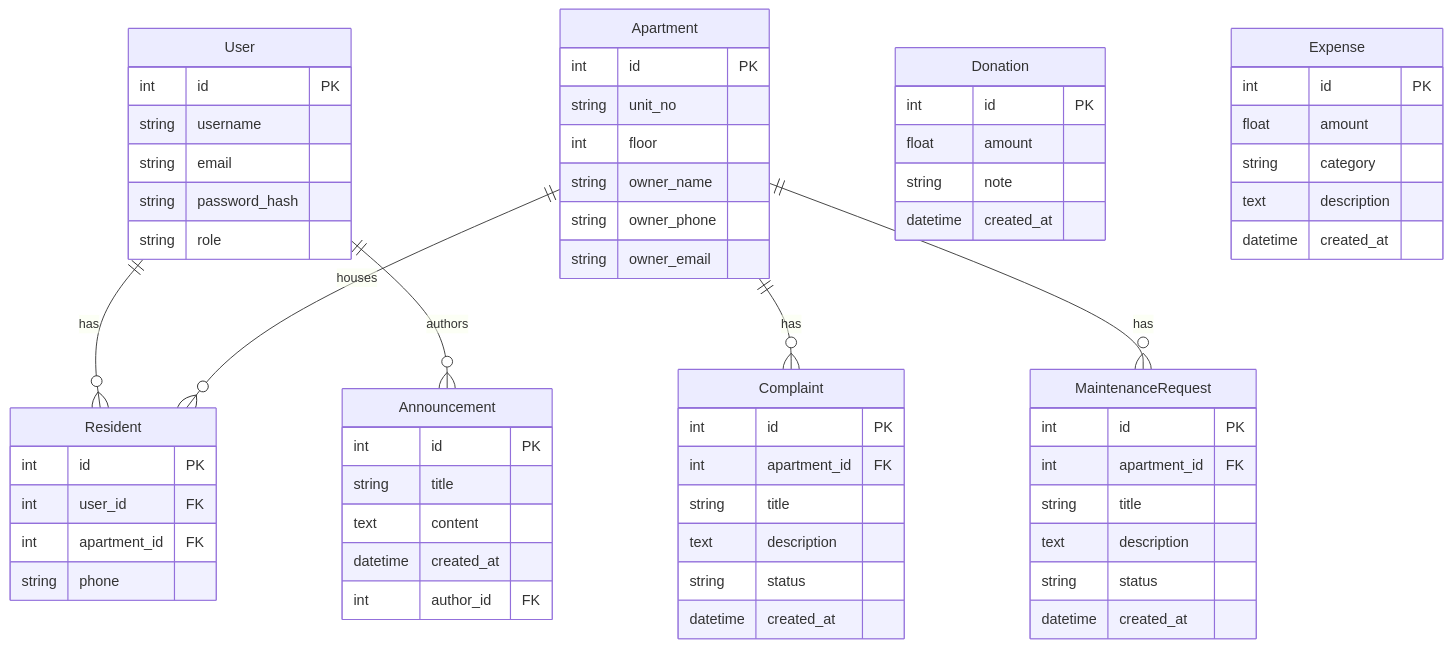
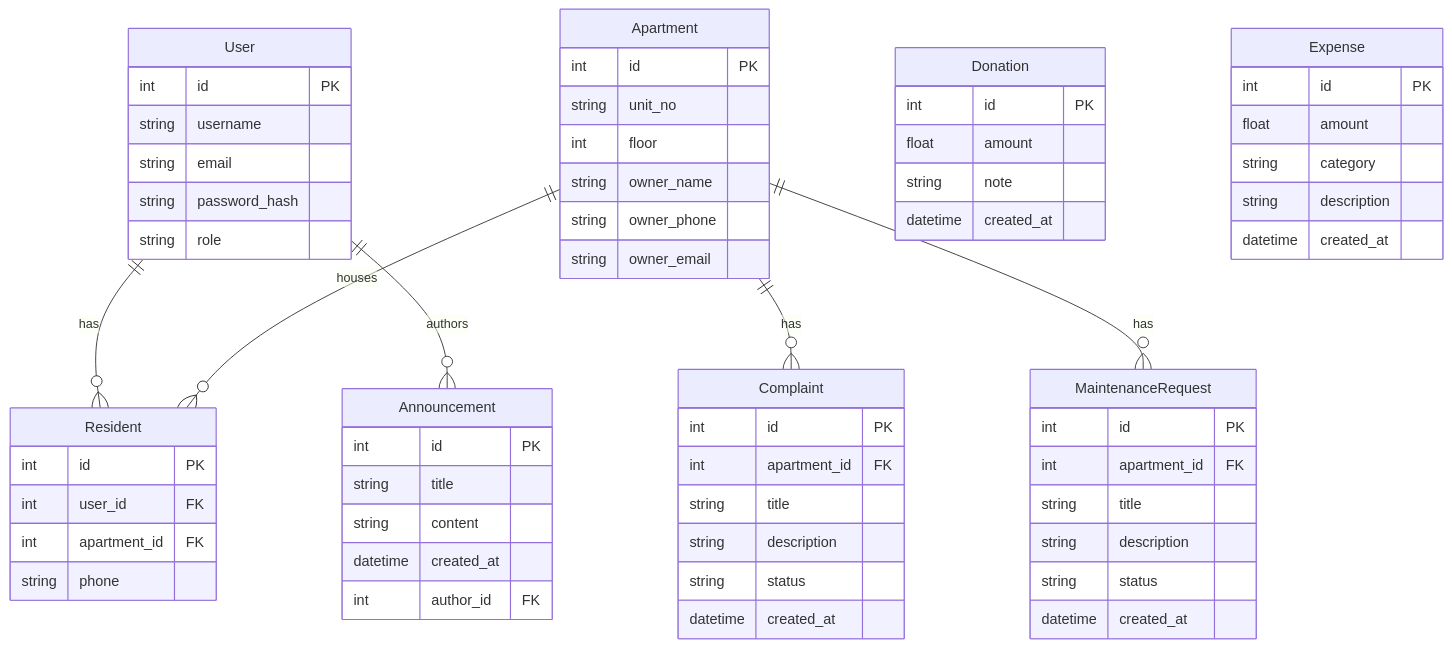
Before and after one commit to dev-mbi/apartment: the first of 4 diagrams in GRAPHIFY.md, drawn with Mermaid. The commit also changed 24 other files, not shown here.

Commit message:
Fix CI, Mermaid syntax, deprecation warnings, add Tailwind CDN fallback

````diff
--- a/GRAPHIFY.md
+++ b/GRAPHIFY.md
@@ -5,73 +5,73 @@
 ```mermaid
 erDiagram
     User {
         int id PK
         string username
         string email
         string password_hash
         string role
     }
 
     Apartment {
         int id PK
         string unit_no
         int floor
         string owner_name
         string owner_phone
         string owner_email
     }
 
     Resident {
         int id PK
         int user_id FK
         int apartment_id FK
         string phone
     }
 
     Complaint {
         int id PK
         int apartment_id FK
         string title
-        text description
+        string description
         string status
         datetime created_at
     }
 
     MaintenanceRequest {
         int id PK
         int apartment_id FK
         string title
-        text description
+        string description
         string status
         datetime created_at
     }
 
     Announcement {
         int id PK
         string title
-        text content
+        string content
         datetime created_at
         int author_id FK
     }
 
     Donation {
         int id PK
         float amount
         string note
         datetime created_at
     }
 
     Expense {
         int id PK
         float amount
         string category
-        text description
+        string description
         datetime created_at
     }
 
     User ||--o{ Resident : "has"
     User ||--o{ Announcement : "authors"
     Apartment ||--o{ Resident : "houses"
     Apartment ||--o{ Complaint : "has"
     Apartment ||--o{ MaintenanceRequest : "has"
 ```
````
